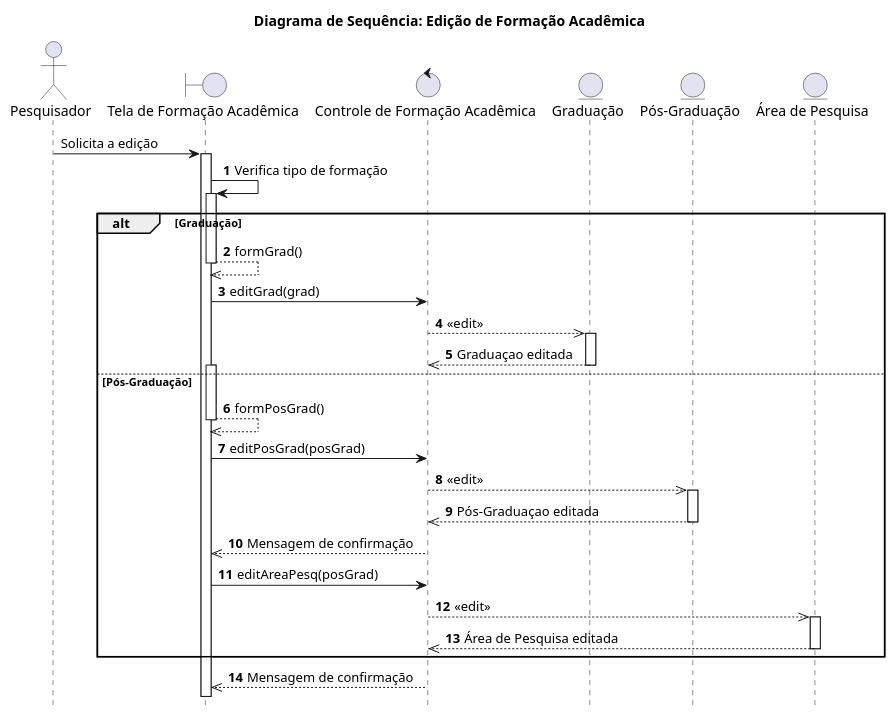
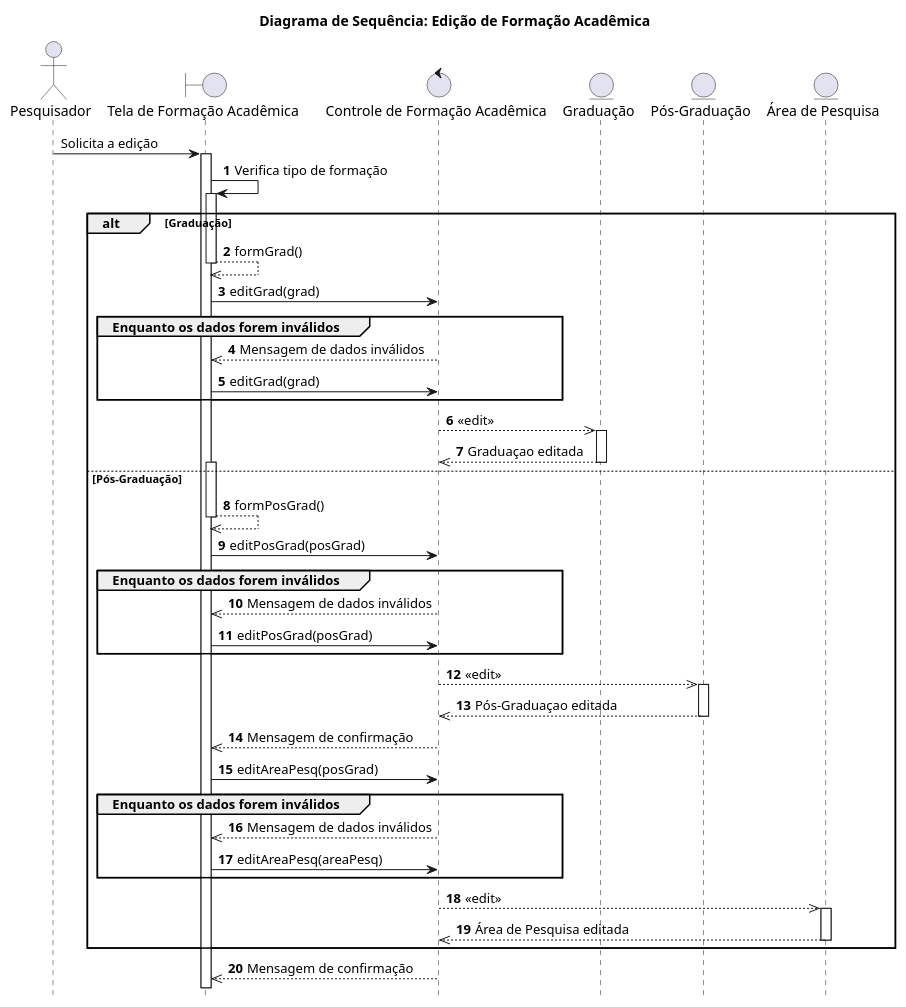
The diagram in Diagramas/Formação Acadêmica/diagSeqEditFormAcademica.wsd (WellingtonFelipeLS/Lattes-Simplificado), drawn with PlantUML before and after one commit. The commit also changed 22 other files, not shown here.

Commit message:
Atualização dos diagrams

```diff
--- a/Diagramas/Formação Acadêmica/diagSeqEditFormAcademica.wsd
+++ b/Diagramas/Formação Acadêmica/diagSeqEditFormAcademica.wsd
@@ -1,39 +1,55 @@
 @startuml diagramaSeq
 
     title "Diagrama de Sequência: Edição de Formação Acadêmica"
     hide footbox
 
     actor Pesquisador as pesq 
     boundary "Tela de Formação Acadêmica" as uiFA
     control "Controle de Formação Acadêmica" as contFA
     entity "Graduação" as GFA
     entity "Pós-Graduação" as PGFA
 	entity "Área de Pesquisa" as APesq
 
     pesq -> uiFA ++: Solicita a edição
 
     autonumber
     uiFA -> uiFA ++: Verifica tipo de formação
 
     alt Graduação
 		uiFA -->> uiFA --: formGrad()
 		uiFA -> contFA: editGrad(grad)
+
+		group Enquanto os dados forem inválidos
+		contFA -->> uiFA: Mensagem de dados inválidos
+		uiFA -> contFA: editGrad(grad)
+		end
+
         contFA -->> GFA ++: <<edit>>
 		GFA -->> contFA --: Graduaçao editada
     else Pós-Graduação   
 		activate uiFA
 		uiFA -->> uiFA --: formPosGrad()      
 
         uiFA -> contFA : editPosGrad(posGrad)
+
+		group Enquanto os dados forem inválidos
+		contFA -->> uiFA: Mensagem de dados inválidos
+		uiFA -> contFA: editPosGrad(posGrad)
+		end
+
         contFA -->> PGFA ++: <<edit>>
 		PGFA -->> contFA --: Pós-Graduaçao editada
 		contFA -->> uiFA : Mensagem de confirmação
 
 		uiFA -> contFA : editAreaPesq(posGrad)
+		group Enquanto os dados forem inválidos
+		contFA -->> uiFA: Mensagem de dados inválidos
+		uiFA -> contFA: editAreaPesq(areaPesq)
+		end
         contFA -->> APesq ++: <<edit>>
 		APesq -->> contFA --: Área de Pesquisa editada
     end
 
     contFA -->> uiFA : Mensagem de confirmação
 
 @enduml
```
